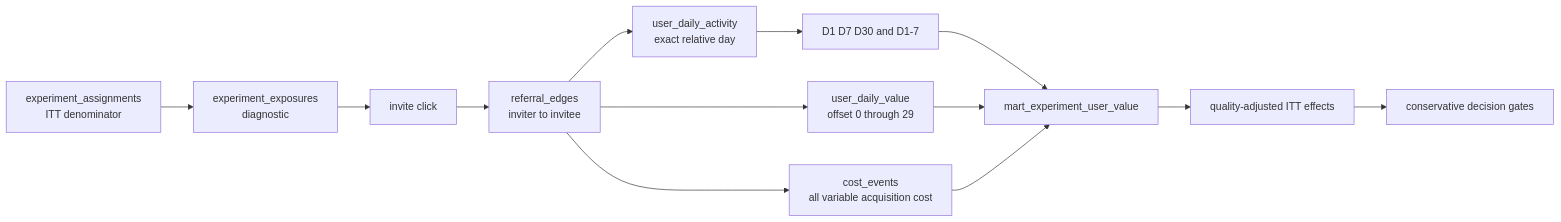
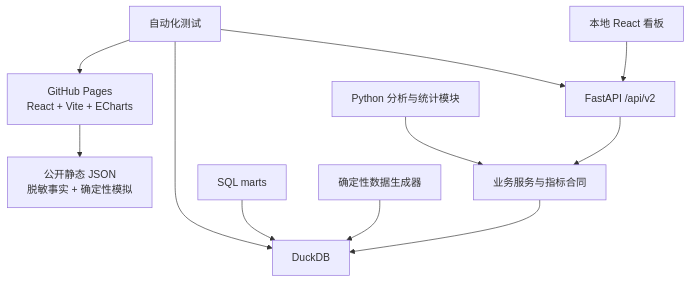
The diagram in docs/architecture.md (liu-XI71/growthlab-user-growth-analytics), drawn with Mermaid before and after one commit. The commit also changed other lines of this file and 53 other files, not shown here.

````diff
--- a/docs/architecture.md
+++ b/docs/architecture.md
@@ -46,15 +7,13 @@
 ```mermaid
-flowchart LR
-    A[experiment_assignments\nITT denominator] --> B[experiment_exposures\ndiagnostic]
-    B --> C[invite click]
-    C --> D[referral_edges\ninviter to invitee]
-    D --> E[user_daily_activity\nexact relative day]
-    E --> F[D1 D7 D30 and D1-7]
-    D --> G[user_daily_value\noffset 0 through 29]
-    D --> H[cost_events\nall variable acquisition cost]
-    F --> I[mart_experiment_user_value]
-    G --> I
-    H --> I
-    I --> J[quality-adjusted ITT effects]
-    J --> K[conservative decision gates]
+flowchart TB
+    A[GitHub Pages\nReact + Vite + ECharts] --> B[公开静态 JSON\n脱敏事实 + 确定性模拟]
+    C[本地 React 看板] --> D[FastAPI /api/v2]
+    D --> E[业务服务与指标合同]
+    E --> F[DuckDB]
+    G[确定性数据生成器] --> F
+    H[SQL marts] --> F
+    I[Python 分析与统计模块] --> E
+    J[自动化测试] --> A
+    J --> D
+    J --> F
 ```
````
